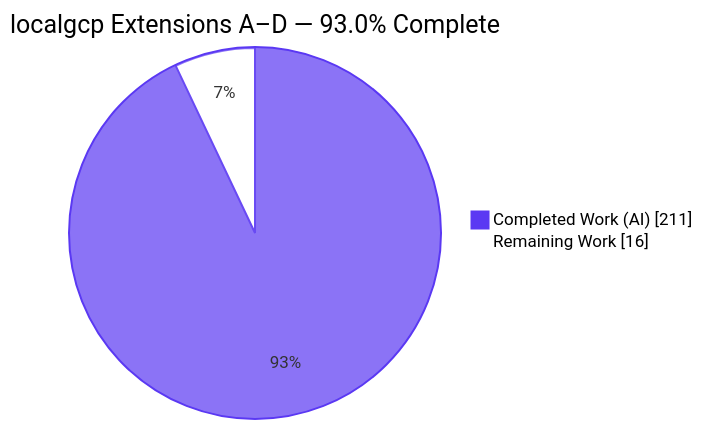
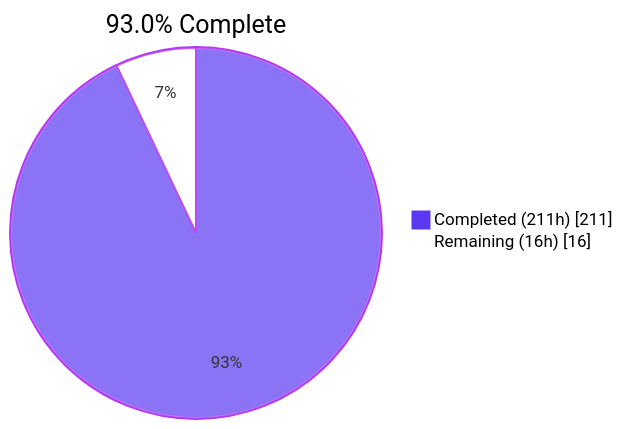
One commit to Blitzy-Sandbox/blitzy-localgcp changed the first of 4 diagrams in blitzy/documentation/Project Guide.md. Above: the diagram before and after it, drawn with Mermaid. The commit also changed other lines of this file, not shown here.

Commit message:
Adding Blitzy Project Guide: Project Status and Human Tasks Remaining

````diff
--- a/blitzy/documentation/Project Guide.md
+++ b/blitzy/documentation/Project Guide.md
@@ -11,6 +17,6 @@
 ```mermaid
-%%{init: {'themeVariables': {'pie1': '#5B39F3', 'pie2': '#FFFFFF', 'pieStrokeColor': '#5B39F3', 'pieOuterStrokeColor': '#5B39F3'}}}%%
-pie showData title localgcp Extensions A–D — 93.0% Complete
-    "Completed Work (AI)" : 211
-    "Remaining Work" : 16
+%%{init: {'themeVariables': {'pie1':'#5B39F3','pie2':'#FFFFFF','pieStrokeColor':'#B23AF2','pieOuterStrokeColor':'#B23AF2'}}}%%
+pie showData title 93.0% Complete
+    "Completed (211h)" : 211
+    "Remaining (16h)" : 16
 ```
````
